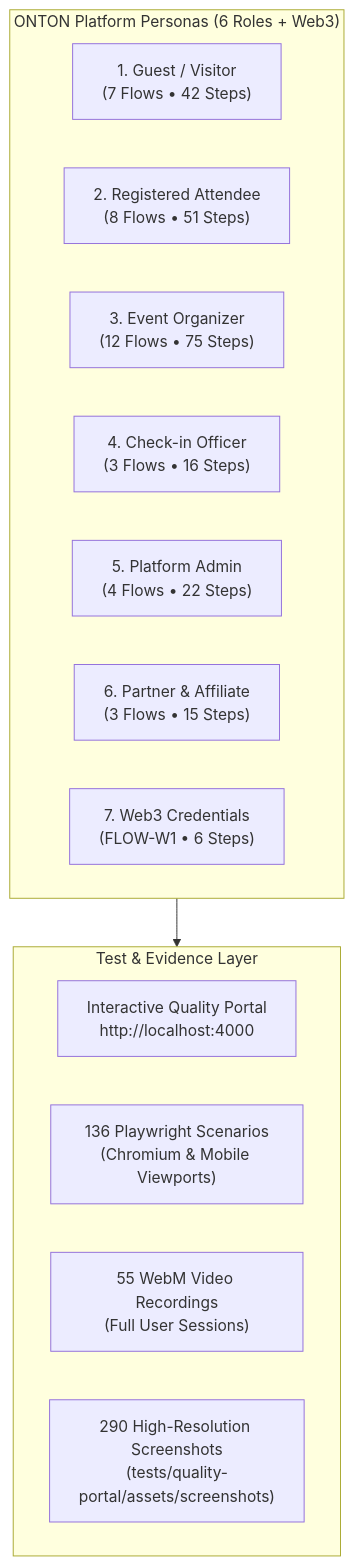
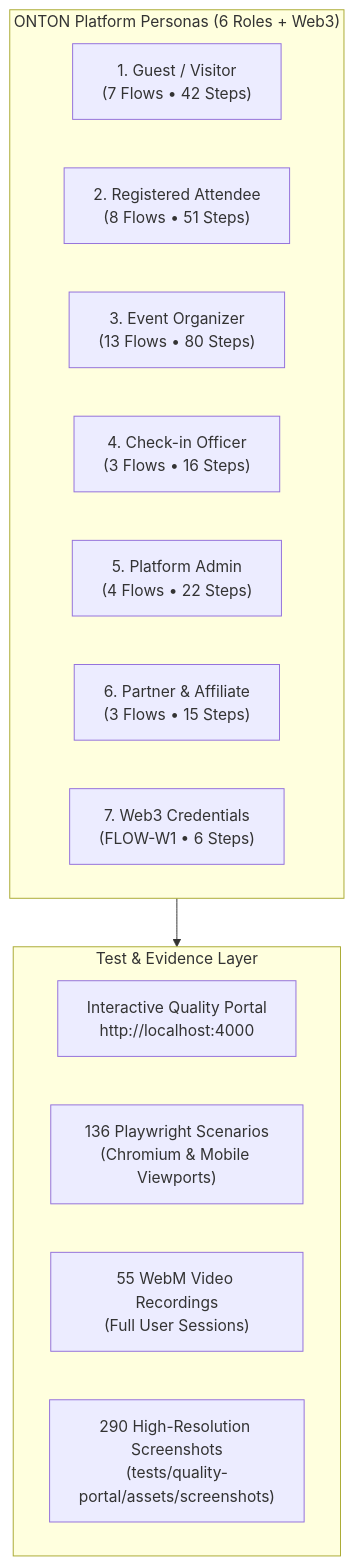
Before and after one commit to ExecutESG/onton: the diagram in docs/QA_PERSONA_TEST_INSTRUCTIONS.md, drawn with Mermaid. The commit also changed other lines of this file and 21 other files, not shown here.

````diff
--- a/docs/QA_PERSONA_TEST_INSTRUCTIONS.md
+++ b/docs/QA_PERSONA_TEST_INSTRUCTIONS.md
@@ -26,32 +26,32 @@
 ```mermaid
 flowchart TD
     subgraph Personas["ONTON Platform Personas (6 Roles + Web3)"]
         P1["1. Guest / Visitor
 (7 Flows • 42 Steps)"]
         P2["2. Registered Attendee
 (8 Flows • 51 Steps)"]
         P3["3. Event Organizer
-(12 Flows • 75 Steps)"]
+(13 Flows • 80 Steps)"]
         P4["4. Check-in Officer
 (3 Flows • 16 Steps)"]
         P5["5. Platform Admin
 (4 Flows • 22 Steps)"]
         P6["6. Partner & Affiliate
 (3 Flows • 15 Steps)"]
         P7["7. Web3 Credentials
 (FLOW-W1 • 6 Steps)"]
     end
 
     subgraph Verification["Test & Evidence Layer"]
         PORTAL["Interactive Quality Portal
 http://localhost:4000"]
         E2E["136 Playwright Scenarios
 (Chromium & Mobile Viewports)"]
         VID["55 WebM Video Recordings
 (Full User Sessions)"]
         SHOTS["290 High-Resolution Screenshots
 (tests/quality-portal/assets/screenshots)"]
     end
 
     Personas --> Verification
 ```
````
